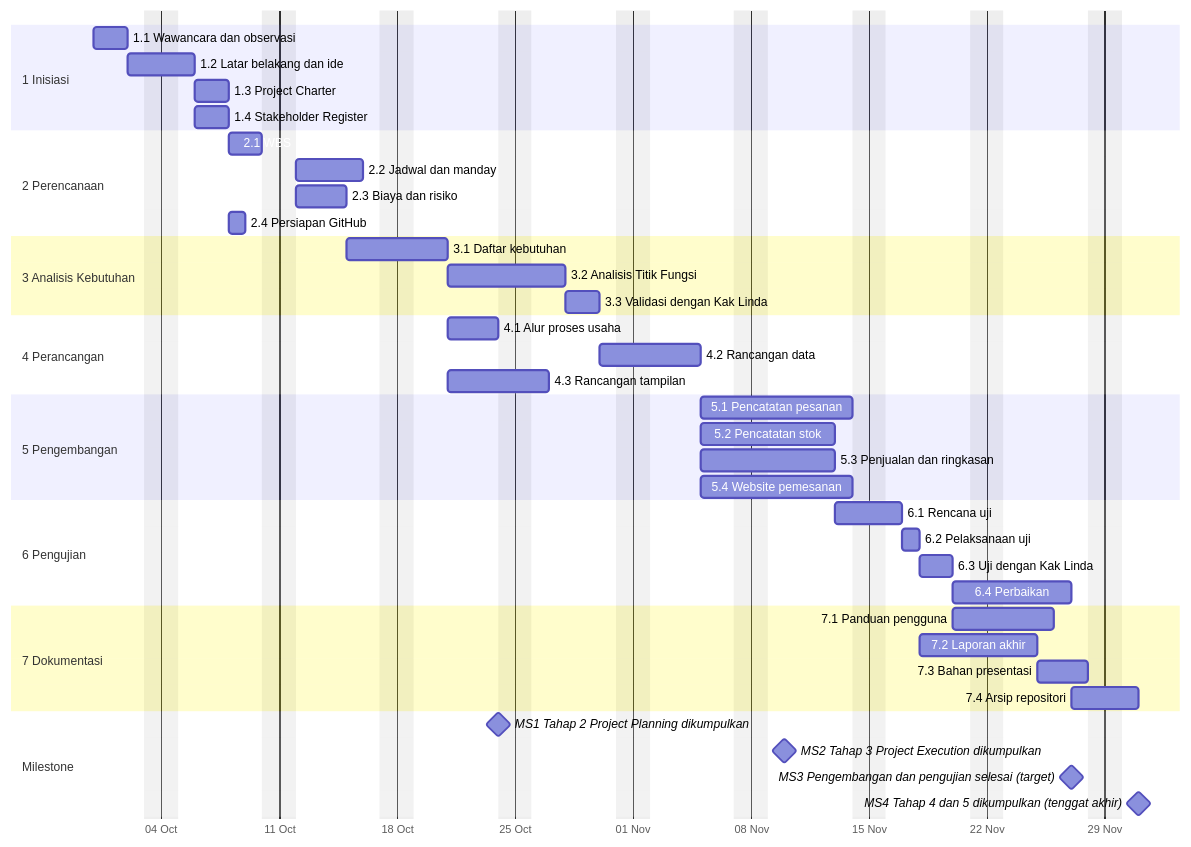
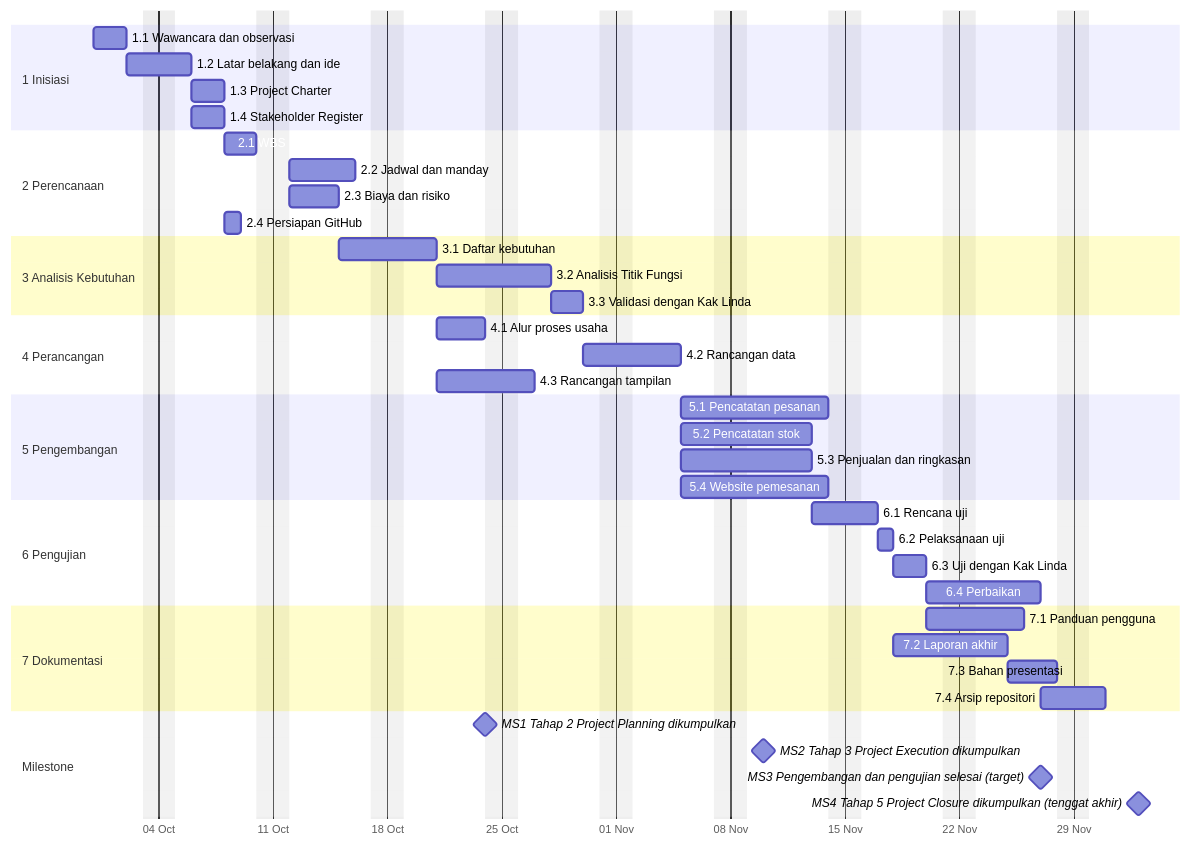
The diagram in docs/tahap-2-project-planning/jadwal-gantt.md (MPPL01022026/Kelompok-12), drawn with Mermaid before and after one commit. The commit also changed other lines of this file and 17 other files, not shown here.

````diff
--- a/docs/tahap-2-project-planning/jadwal-gantt.md
+++ b/docs/tahap-2-project-planning/jadwal-gantt.md
@@ -11,44 +11,44 @@
 ```mermaid
 gantt
     dateFormat YYYY-MM-DD
     axisFormat %d %b
     excludes weekends
     section 1 Inisiasi
     1.1 Wawancara dan observasi :t1_1, 2026-09-30, 2d
     1.2 Latar belakang dan ide :t1_2, 2026-10-02, 2d
     1.3 Project Charter :t1_3, 2026-10-06, 2d
     1.4 Stakeholder Register :t1_4, 2026-10-06, 2d
     section 2 Perencanaan
     2.1 WBS :t2_1, 2026-10-08, 2d
     2.2 Jadwal dan manday :t2_2, 2026-10-12, 4d
     2.3 Biaya dan risiko :t2_3, 2026-10-12, 3d
     2.4 Persiapan GitHub :t2_4, 2026-10-08, 1d
     section 3 Analisis Kebutuhan
     3.1 Daftar kebutuhan :t3_1, 2026-10-15, 4d
     3.2 Analisis Titik Fungsi :t3_2, 2026-10-21, 5d
     3.3 Validasi dengan Kak Linda :t3_3, 2026-10-28, 2d
     section 4 Perancangan
     4.1 Alur proses usaha :t4_1, 2026-10-21, 3d
     4.2 Rancangan data :t4_2, 2026-10-30, 4d
     4.3 Rancangan tampilan :t4_3, 2026-10-21, 4d
     section 5 Pengembangan
     5.1 Pencatatan pesanan :t5_1, 2026-11-05, 7d
     5.2 Pencatatan stok :t5_2, 2026-11-05, 6d
     5.3 Penjualan dan ringkasan :t5_3, 2026-11-05, 6d
     5.4 Website pemesanan :t5_4, 2026-11-05, 7d
     section 6 Pengujian
     6.1 Rencana uji :t6_1, 2026-11-13, 2d
     6.2 Pelaksanaan uji :t6_2, 2026-11-17, 1d
     6.3 Uji dengan Kak Linda :t6_3, 2026-11-18, 2d
     6.4 Perbaikan :t6_4, 2026-11-20, 5d
     section 7 Dokumentasi
     7.1 Panduan pengguna :t7_1, 2026-11-20, 4d
     7.2 Laporan akhir :t7_2, 2026-11-18, 5d
     7.3 Bahan presentasi :t7_3, 2026-11-25, 3d
     7.4 Arsip repositori :t7_4, 2026-11-27, 2d
     section Milestone
     MS1 Tahap 2 Project Planning dikumpulkan :milestone, ms1, 2026-10-24, 0d
     MS2 Tahap 3 Project Execution dikumpulkan :milestone, ms2, 2026-11-10, 0d
     MS3 Pengembangan dan pengujian selesai (target) :milestone, ms3, 2026-11-27, 0d
-    MS4 Tahap 4 dan 5 dikumpulkan (tenggat akhir) :milestone, ms4, 2026-12-01, 0d
+    MS4 Tahap 5 Project Closure dikumpulkan (tenggat akhir) :milestone, ms4, 2026-12-03, 0d
 ```
````
